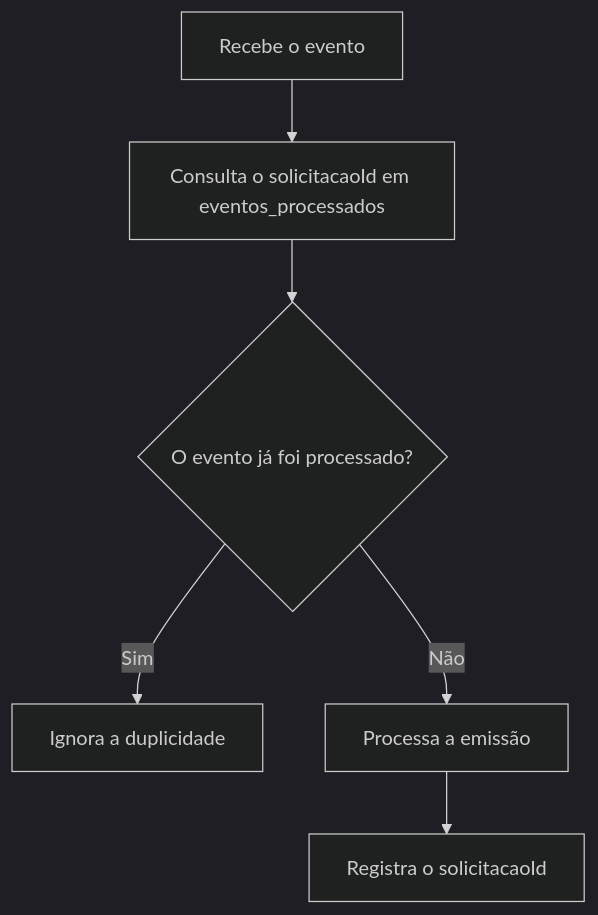
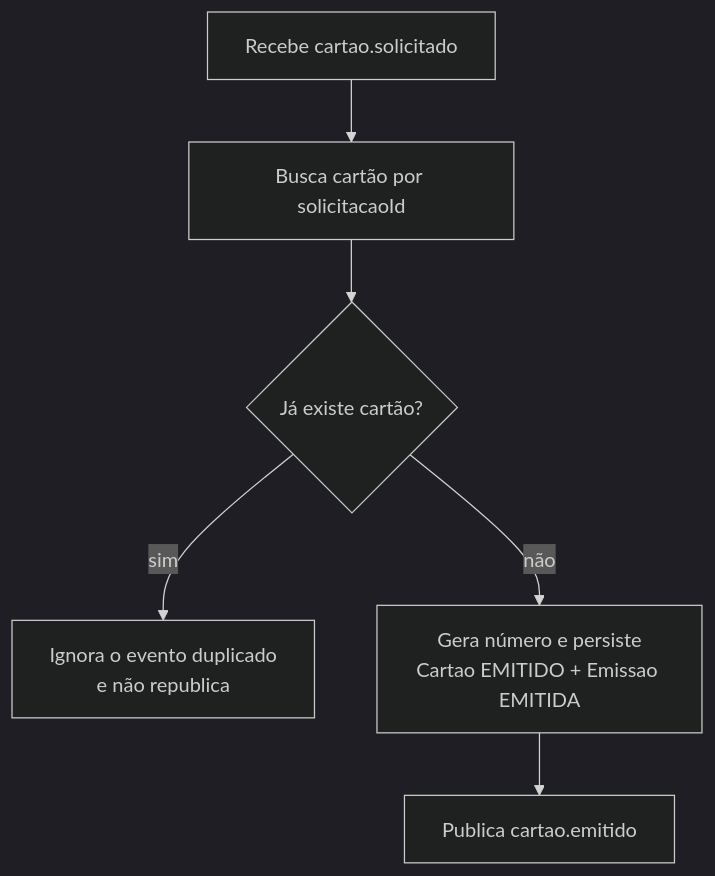
Before and after one commit to projeto-caixa-ada/gerador-cartao: the fourth of 5 diagrams in projeto-final-contratacao-cartao.md, drawn with Mermaid (dark theme). The commit also changed other lines of this file and 1 other file, not shown here.

Commit message:
docs: Update project documentation to reflect current implementation and clarify event flow for card issuance

````diff
--- a/projeto-final-contratacao-cartao.md
+++ b/projeto-final-contratacao-cartao.md
@@ -205,8 +293,8 @@
 ```mermaid
 flowchart TD
-    A[Recebe o evento] --> B[Consulta o solicitacaoId em eventos_processados]
-    B --> C{O evento já foi processado?}
-    C -- Sim --> D[Ignora a duplicidade]
-    C -- Não --> E[Processa a emissão]
-    E --> F[Registra o solicitacaoId]
+    A["Recebe cartao.solicitado"] --> B["Busca cartão por solicitacaoId"]
+    B --> C{"Já existe cartão?"}
+    C -->|"sim"| D["Ignora o evento duplicado<br/>e não republica"]
+    C -->|"não"| E["Gera número e persiste<br/>Cartao EMITIDO + Emissao EMITIDA"]
+    E --> F["Publica cartao.emitido"]
 ```
````
